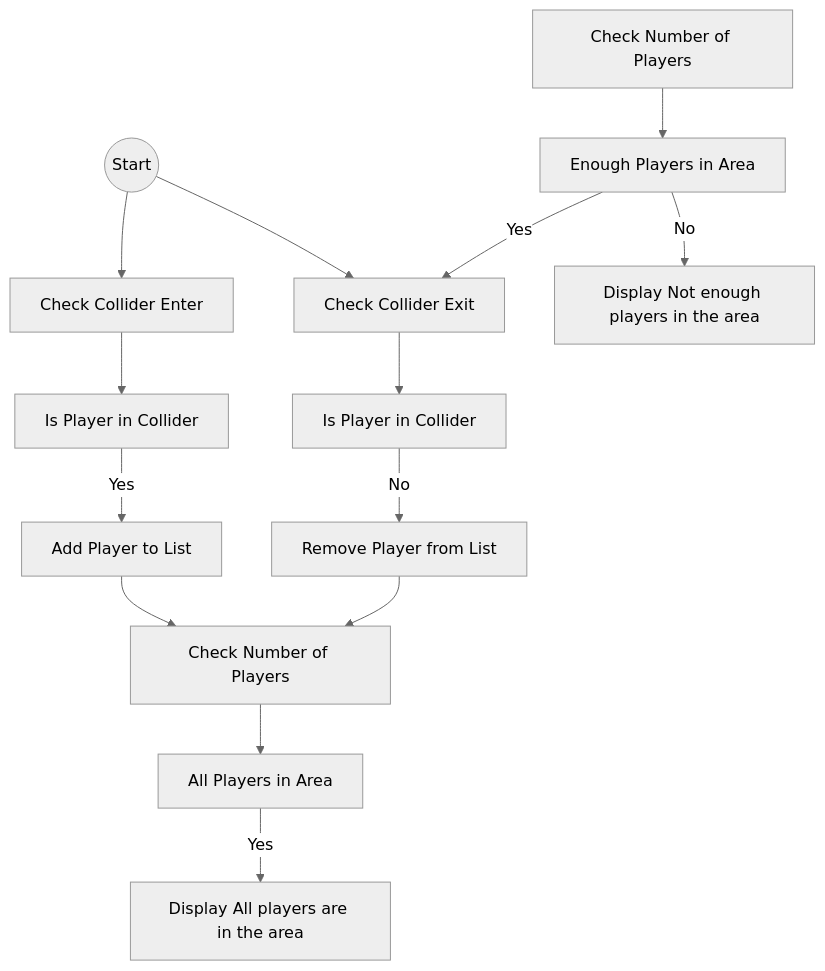
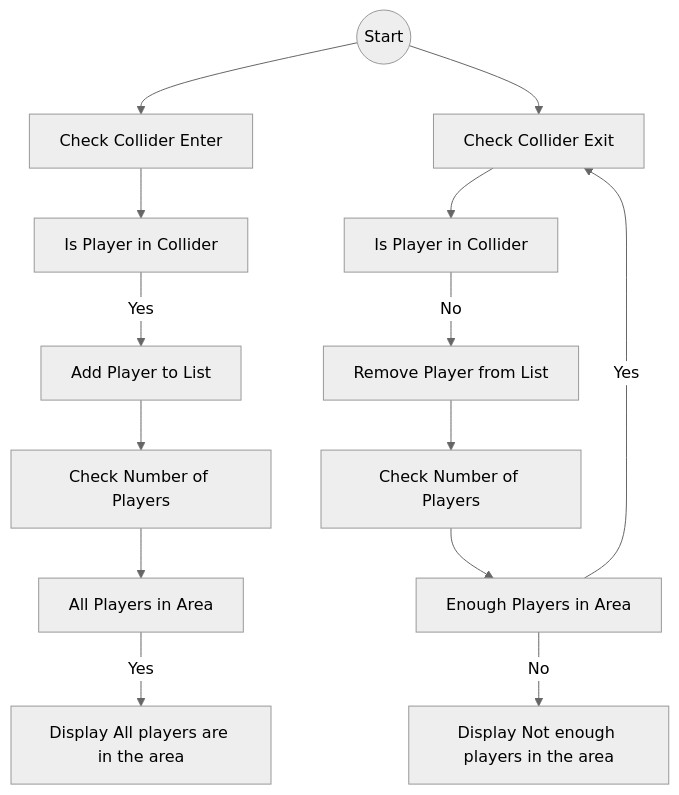
One commit to PAP0/Linx-Game changed the third of 3 diagrams in README.md. Above: the diagram before and after it, drawn with Mermaid (neutral theme).

```diff
--- a/README.md
+++ b/README.md
@@ -104,30 +104,30 @@
 ~~~mermaid
-flowchart TD; 
+flowchart TD;
     A((Start))
     B[Check Collider Enter]
     C[Is Player in Collider]
     D[Add Player to List]
     E[Check Number of Players]
     F[All Players in Area]
     G[Display All players are in the area]
     H[Check Collider Exit]
     I[Is Player in Collider]
     J[Remove Player from List]
     K[Check Number of Players]
     L[Enough Players in Area]
     M[Display Not enough players in the area]
     
     A --> B
     A --> H
     B --> C
     C -- Yes --> D
     D --> E
     E --> F
     F -- Yes --> G
     H --> I
-    J --> E
+    J --> K
     K --> L
     L -- No --> M
     L -- Yes --> H
     I -- No --> J
 ~~~
```
